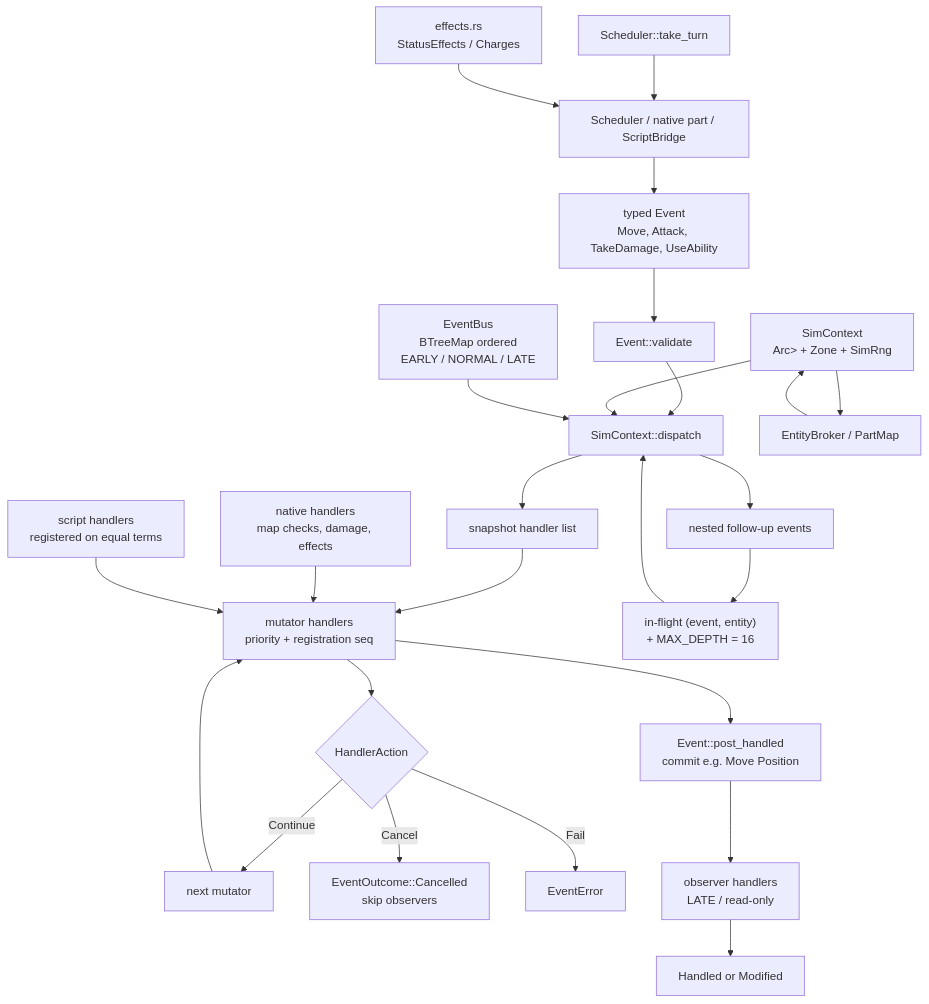
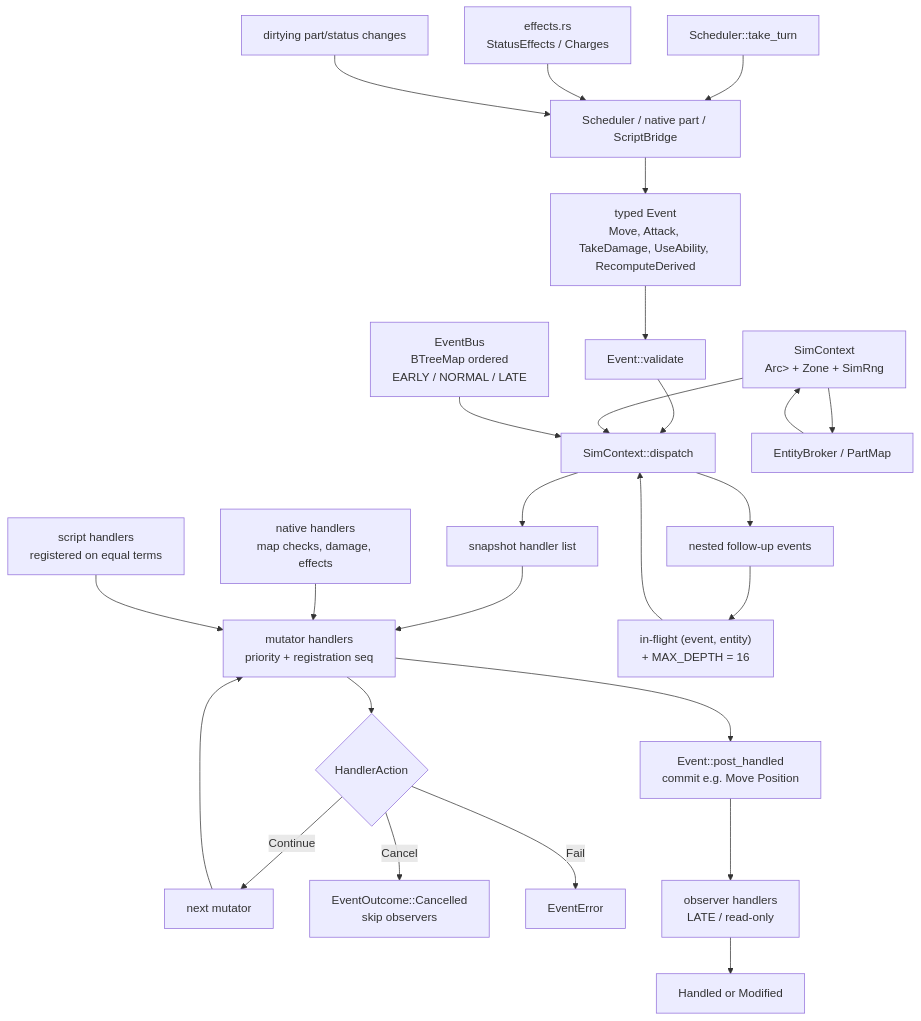
One commit to jffjs-hermes/tessera changed the diagram in docs/design/events.md. Above: the diagram before and after it, drawn with Mermaid. The commit also changed other lines of this file and 8 other files, not shown here.

Commit message:
docs: close S1 and refresh design diagrams

````diff
--- a/docs/design/events.md
+++ b/docs/design/events.md
@@ -5,27 +5,28 @@
 ```mermaid
 flowchart TD
-    Source["Scheduler / native part / ScriptBridge"] --> Event["typed Event\nMove, Attack, TakeDamage, UseAbility"]
+    Source["Scheduler / native part / ScriptBridge"] --> Event["typed Event\nMove, Attack, TakeDamage, UseAbility, RecomputeDerived"]
     Event --> Validate["Event::validate"]
     Validate --> Dispatch["SimContext::dispatch"]
     Dispatch --> Snapshot["snapshot handler list"]
     Snapshot --> Mutators["mutator handlers\npriority + registration seq"]
     Mutators --> Decision{HandlerAction}
     Decision -->|Continue| More["next mutator"]
     More --> Mutators
     Decision -->|Cancel| Cancel["EventOutcome::Cancelled\nskip observers"]
     Decision -->|Fail| Fail["EventError"]
     Mutators --> Post["Event::post_handled\ncommit e.g. Move Position"]
     Post --> Observers["observer handlers\nLATE / read-only"]
     Observers --> Handled["Handled or Modified"]
     Native["native handlers\nmap checks, damage, effects"] --> Mutators
     Script["script handlers\nregistered on equal terms"] --> Mutators
     Context["SimContext\nArc<RwLock<EntityBroker>> + Zone + SimRng"] --> Dispatch
     Bus["EventBus\nBTreeMap ordered\nEARLY / NORMAL / LATE"] --> Dispatch
     Scheduler["Scheduler::take_turn"] --> Source
     Effects["effects.rs\nStatusEffects / Charges"] --> Source
+    Dirty["dirtying part/status changes"] --> Source
     Broker["EntityBroker / PartMap"] --> Context
     Context --> Broker
     Dispatch --> Nested["nested follow-up events"]
     Nested --> Guard["in-flight (event, entity)\n+ MAX_DEPTH = 16"]
     Guard --> Dispatch
 ```
````
